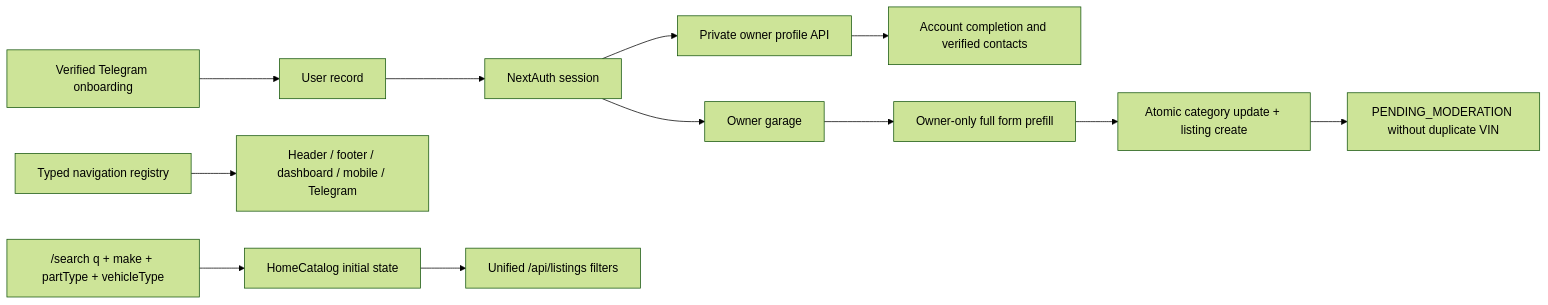
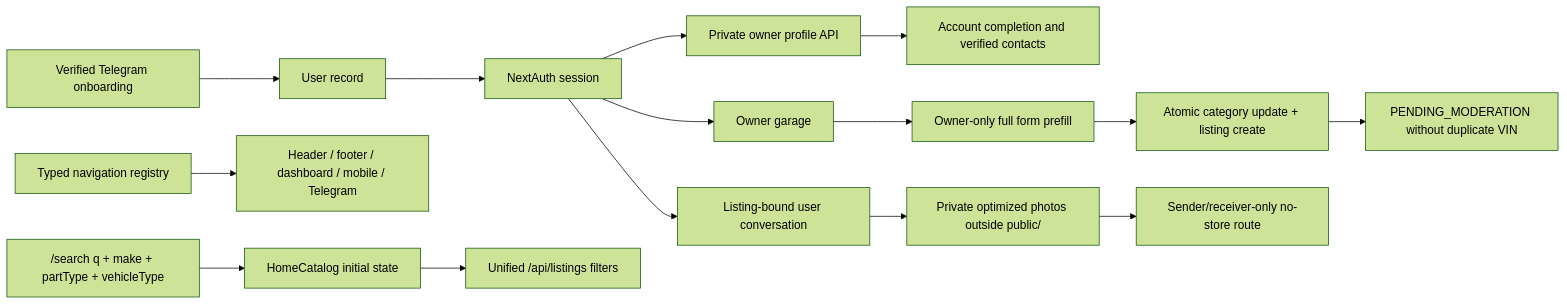
One commit to microsecret/automart changed the third of 8 diagrams in docs/PROJECT_GRAPH.md. Above: the diagram before and after it, drawn with Mermaid (forest theme). The commit also changed other lines of this file and 16 other files, not shown here.

````diff
--- a/docs/PROJECT_GRAPH.md
+++ b/docs/PROJECT_GRAPH.md
@@ -120,14 +121,17 @@
 ```mermaid
 flowchart LR
   Telegram["Verified Telegram onboarding"] --> User["User record"]
   User --> Session["NextAuth session"]
   Session --> OwnerProfile["Private owner profile API"]
   OwnerProfile --> Dashboard["Account completion and verified contacts"]
   Session --> Garage["Owner garage"]
   Garage --> GaragePrefill["Owner-only full form prefill"]
   GaragePrefill --> GarageConvert["Atomic category update + listing create"]
   GarageConvert --> Listing["PENDING_MODERATION without duplicate VIN"]
+  Session --> Conversation["Listing-bound user conversation"]
+  Conversation --> PrivateAttachment["Private optimized photos outside public/"]
+  PrivateAttachment --> AuthorizedDownload["Sender/receiver-only no-store route"]
   Navigation["Typed navigation registry"] --> Shells["Header / footer / dashboard / mobile / Telegram"]
   SearchUrl["/search q + make + partType + vehicleType"] --> Catalog["HomeCatalog initial state"]
   Catalog --> ListingsApi["Unified /api/listings filters"]
 ```
````
